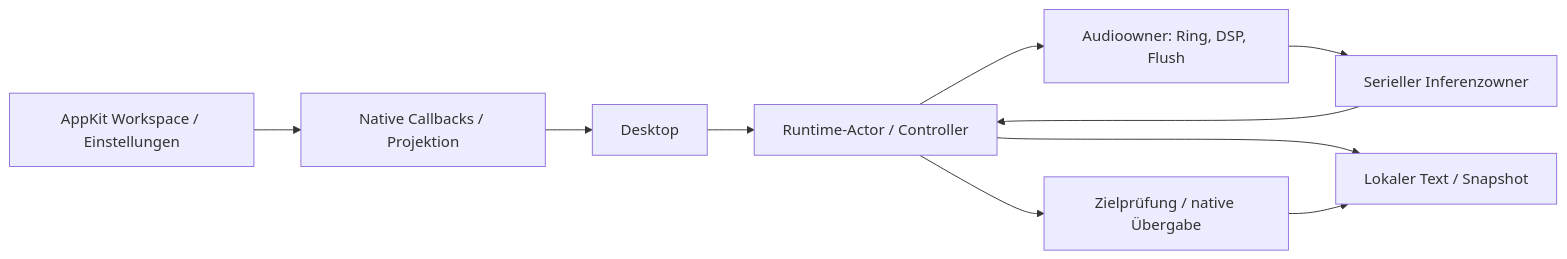
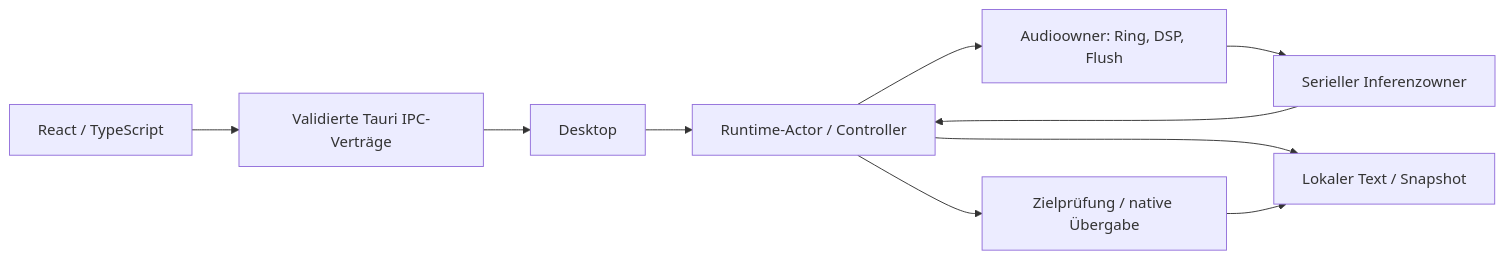
Before and after one commit to hoppworks/everlastChallenge: the diagram in docs/code-map.md, drawn with Mermaid. The commit also changed other lines of this file and 20 other files, not shown here.

Commit message:
refactor: remove retired AppKit workspace and settings layers

````diff
--- a/docs/code-map.md
+++ b/docs/code-map.md
@@ -3,12 +3,12 @@
 ```mermaid
 flowchart LR
-  UI[AppKit Workspace / Einstellungen] --> Bridge[Native Callbacks / Projektion]
+  UI[React / TypeScript] --> Bridge[Validierte Tauri IPC-Verträge]
   Bridge --> Desktop[Desktop]
   Desktop --> Runtime[Runtime-Actor / Controller]
   Runtime --> Audio[Audioowner: Ring, DSP, Flush]
   Audio --> Inference[Serieller Inferenzowner]
   Inference --> Runtime
   Runtime --> Native[Zielprüfung / native Übergabe]
   Runtime --> Local[Lokaler Text / Snapshot]
   Native --> Local
 ```
````
